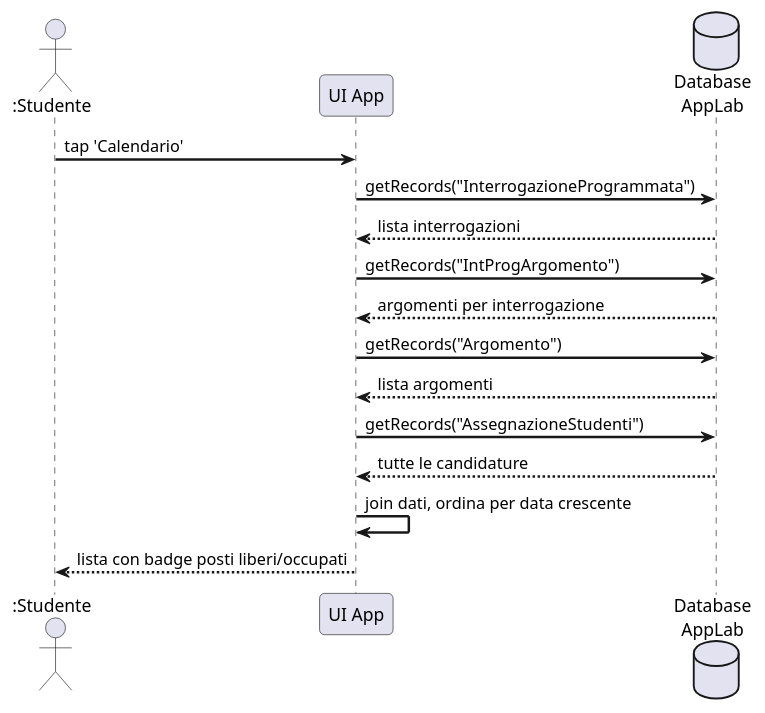
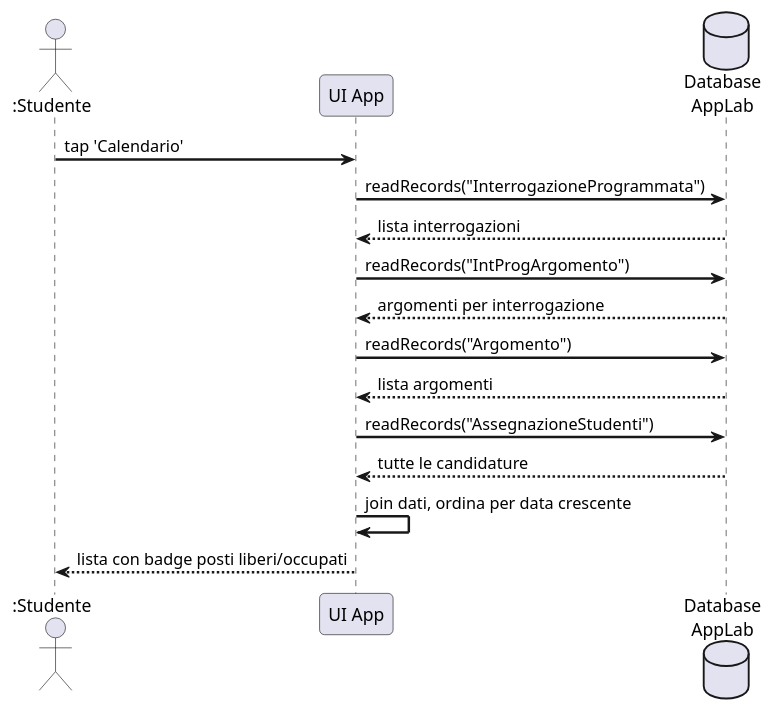
Before and after one commit to gionatamassibenincasa/study-together: the fifth of 8 diagrams in srs.adoc, drawn with PlantUML. The commit also changed other lines of this file and 17 other files, not shown here.

```diff
--- a/srs.adoc
+++ b/srs.adoc
@@ -664,27 +684,27 @@
 [plantuml, sd-calendario, svg]
 ....
 @startuml
 skinparam sequenceArrowThickness 2
 skinparam roundcorner 8
 
 actor ":Studente" as S
 participant "UI App" as UI
 database "Database\nAppLab" as DB
 
 S -> UI : tap 'Calendario'
-UI -> DB : getRecords("InterrogazioneProgrammata")
+UI -> DB : readRecords("InterrogazioneProgrammata")
 DB --> UI : lista interrogazioni
 
-UI -> DB : getRecords("IntProgArgomento")
+UI -> DB : readRecords("IntProgArgomento")
 DB --> UI : argomenti per interrogazione
 
-UI -> DB : getRecords("Argomento")
+UI -> DB : readRecords("Argomento")
 DB --> UI : lista argomenti
 
-UI -> DB : getRecords("AssegnazioneStudenti")
+UI -> DB : readRecords("AssegnazioneStudenti")
 DB --> UI : tutte le candidature
 
 UI -> UI : join dati, ordina per data crescente
 UI --> S : lista con badge posti liberi/occupati
 @enduml
 ....
```
